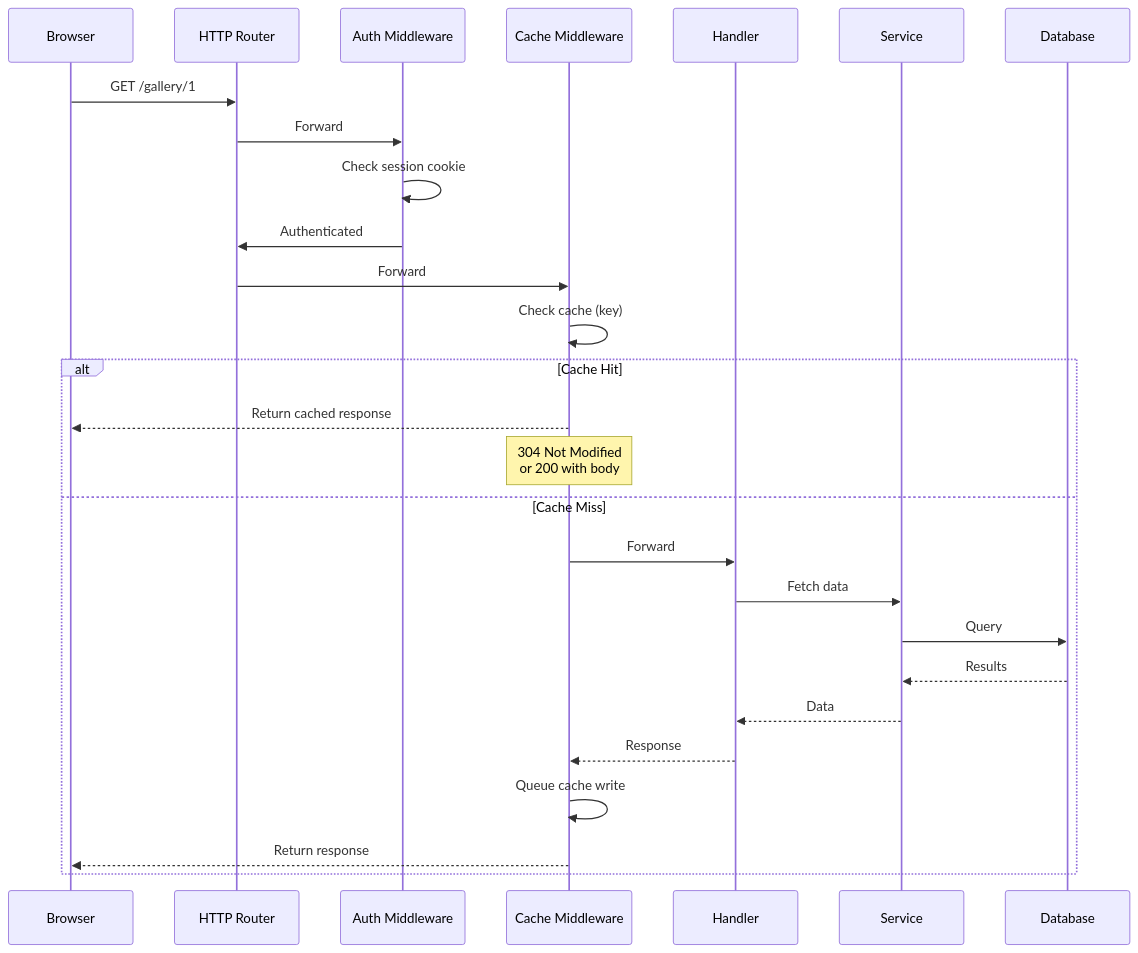
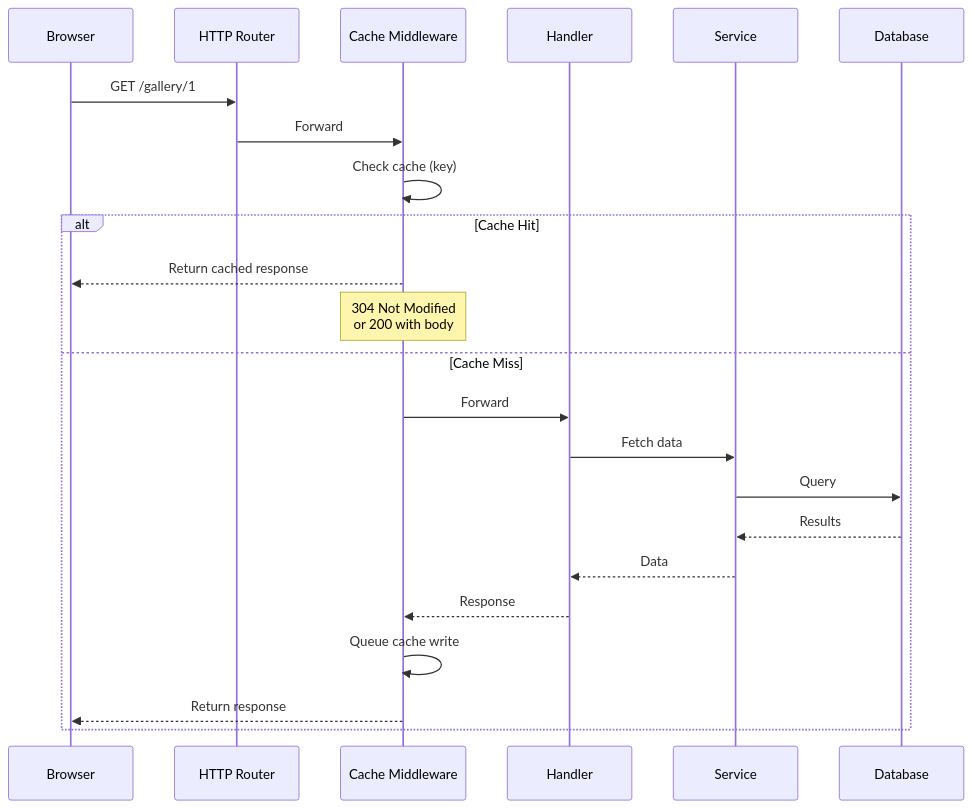
Before and after one commit to lbe/sfpg-go: the second of 21 diagrams in docs/ARCHITECTURE.md, drawn with Mermaid. The commit also changed other lines of this file and 180 other files, not shown here.

````diff
--- a/docs/ARCHITECTURE.md
+++ b/docs/ARCHITECTURE.md
@@ -121,32 +121,27 @@
 ```mermaid
 sequenceDiagram
     participant Client as Browser
     participant Router as HTTP Router
-    participant AuthMW as Auth Middleware
     participant CacheMW as Cache Middleware
     participant Handler as Handler
     participant Service as Service
     participant DB as Database
 
     Client->>Router: GET /gallery/1
-    Router->>AuthMW: Forward
-    AuthMW->>AuthMW: Check session cookie
-    AuthMW->>Router: Authenticated
-
     Router->>CacheMW: Forward
     CacheMW->>CacheMW: Check cache (key)
     alt Cache Hit
         CacheMW-->>Client: Return cached response
         Note over CacheMW: 304 Not Modified<br/>or 200 with body
     else Cache Miss
         CacheMW->>Handler: Forward
         Handler->>Service: Fetch data
         Service->>DB: Query
         DB-->>Service: Results
         Service-->>Handler: Data
 
         Handler-->>CacheMW: Response
         CacheMW->>CacheMW: Queue cache write
         CacheMW-->>Client: Return response
     end
 ```
````
